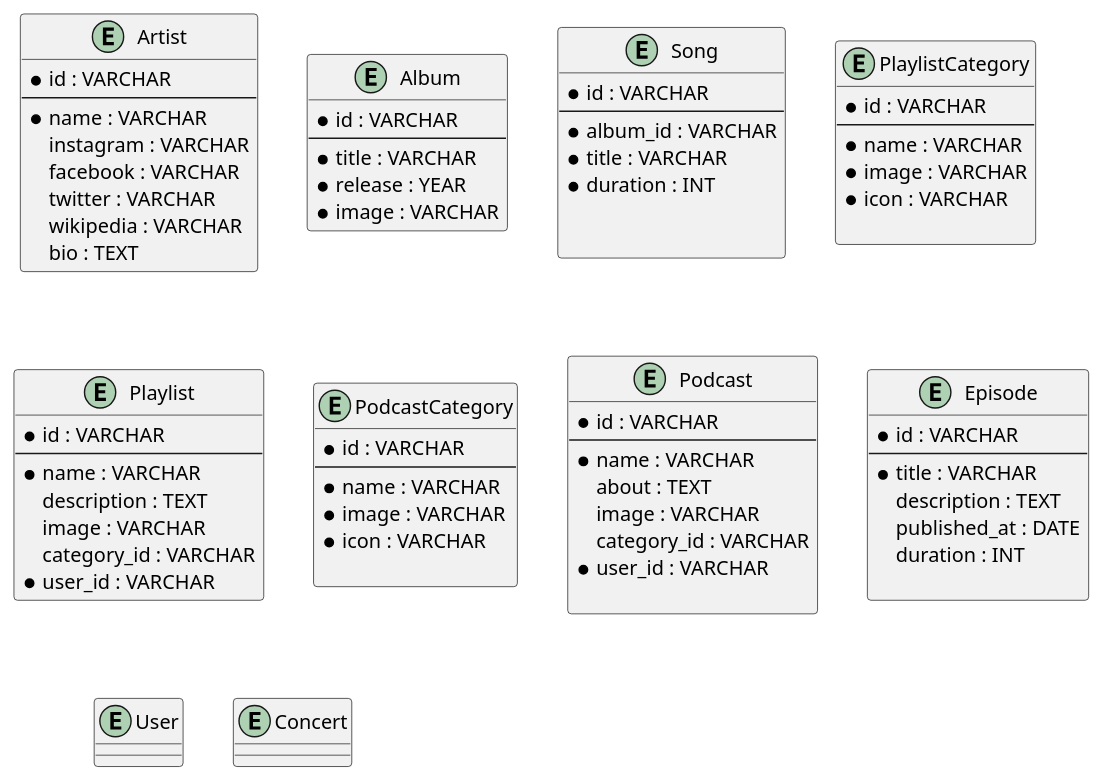
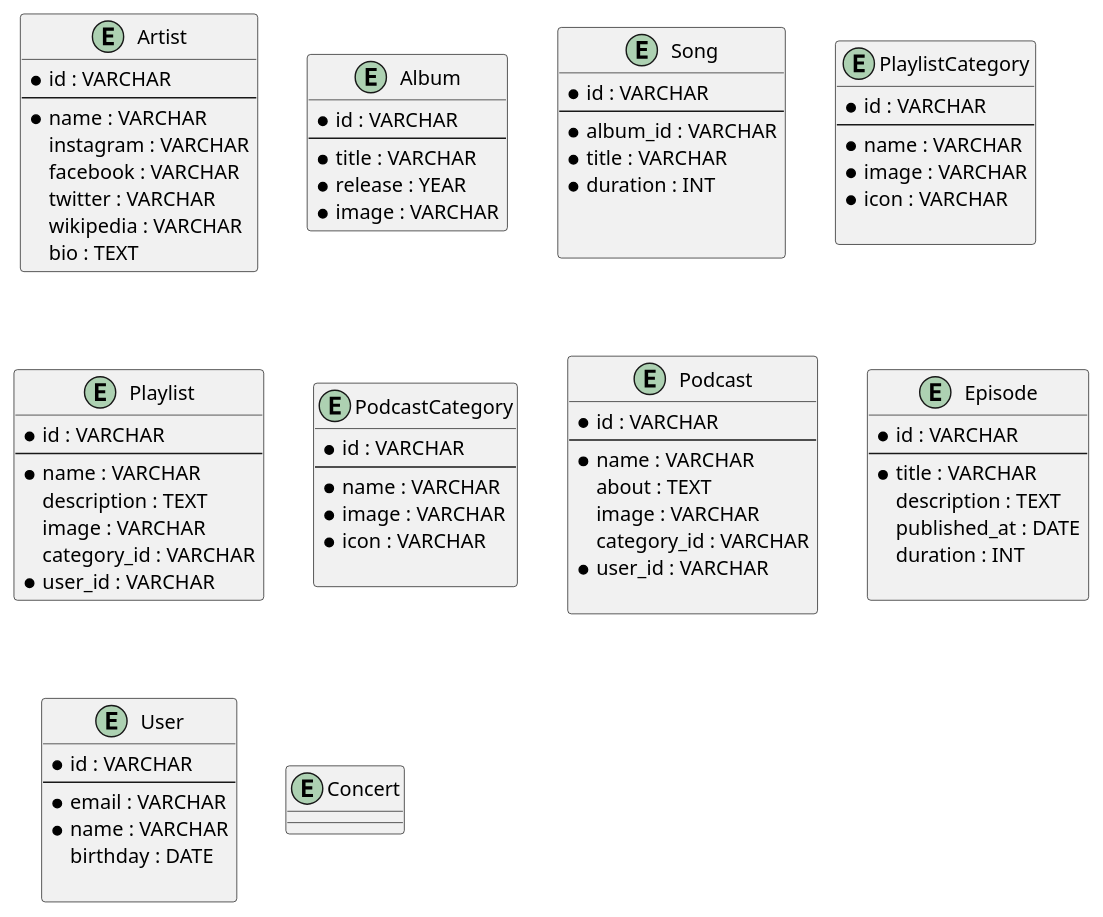
Before and after one commit to hanifiamdev/plantUML: the diagram in spotify.puml, drawn with PlantUML.

Commit message:
Menentukan Attribute Entity User

```diff
--- a/spotify.puml
+++ b/spotify.puml
@@ -1,90 +1,96 @@
 @startuml
 entity Artist {
     * id : VARCHAR
     --
     * name : VARCHAR
     instagram : VARCHAR
     facebook : VARCHAR
     twitter : VARCHAR
     wikipedia : VARCHAR
     bio : TEXT
 }
 
 entity Album {
     * id : VARCHAR
     --
     * title : VARCHAR
     * release : YEAR
     * image : VARCHAR
 }
 
 entity Song {
     * id : VARCHAR
     --
     * album_id : VARCHAR
     * title : VARCHAR
     * duration : INT
 
 
 }
 
 entity PlaylistCategory {
     * id : VARCHAR
     --
     * name : VARCHAR
     * image : VARCHAR
     * icon : VARCHAR
 
 }
 
 
 entity Playlist {
     * id : VARCHAR
     --
     * name : VARCHAR
     description : TEXT
     image : VARCHAR
     category_id : VARCHAR
     * user_id : VARCHAR
 }
 
 entity PodcastCategory {
     * id : VARCHAR
     --
     * name : VARCHAR
     * image : VARCHAR
     * icon : VARCHAR
 
 }
 
 entity Podcast {
     * id : VARCHAR
     --
     * name : VARCHAR
     about : TEXT
     image : VARCHAR
     category_id : VARCHAR
     * user_id : VARCHAR
 
 }
 
 entity Episode {
     * id : VARCHAR
     --
     * title : VARCHAR
     description : TEXT
     published_at : DATE
     duration : INT
 
 }
 
 entity User {
+    * id : VARCHAR
+    --
+    * email : VARCHAR
+    * name : VARCHAR
+    birthday : DATE
 
 }
 
 entity Concert {
 
+
 }
 
 
 @enduml
```
